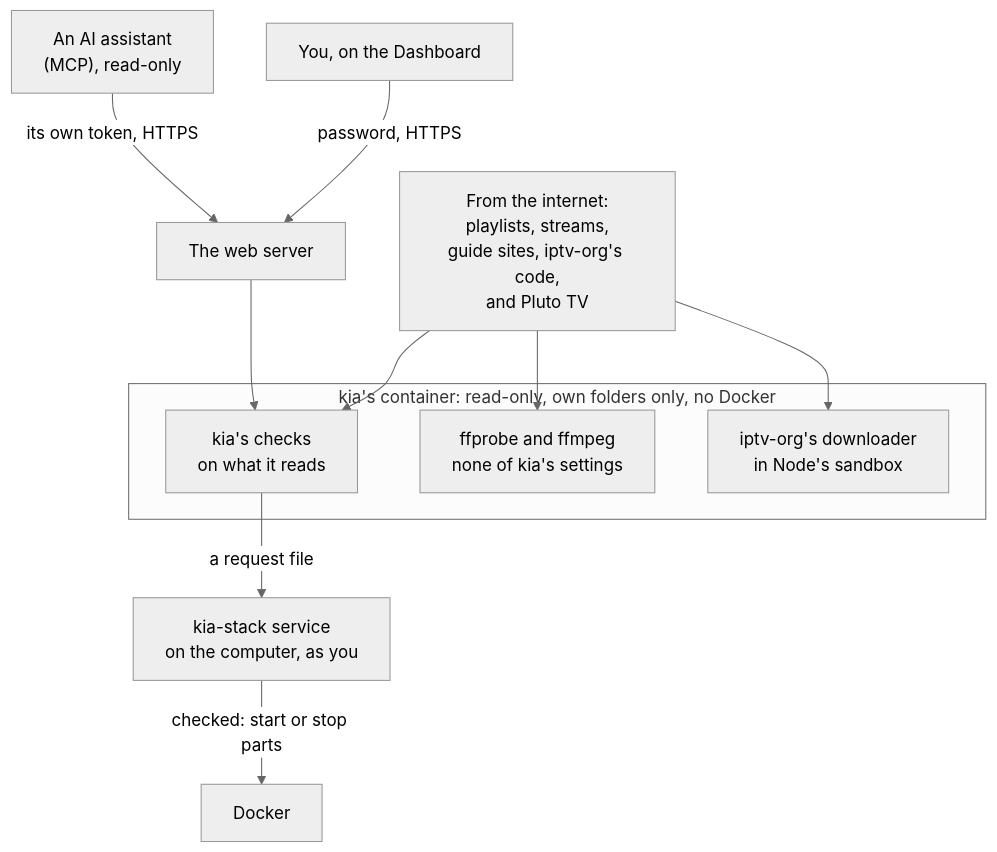
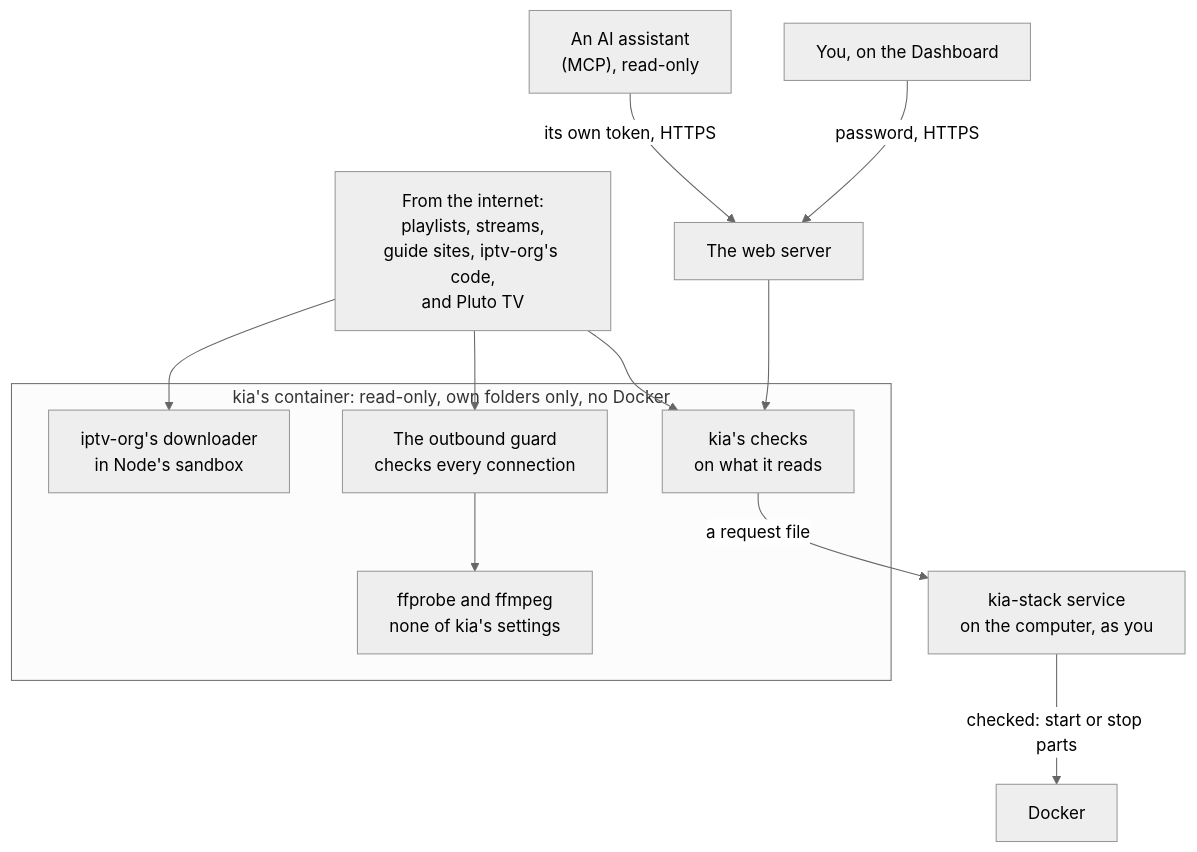
One commit to southsidedean/kodi-iptv-assistant changed the diagram in docs/diagrams/security-layers.mmd. Above: the diagram before and after it, drawn with Mermaid (neutral theme). The commit also changed 16 other files, not shown here.

First line of the commit message:
The outbound guard: every connection of a playlist from the internet, checked (#187)

```diff
--- a/docs/diagrams/security-layers.mmd
+++ b/docs/diagrams/security-layers.mmd
@@ -1,15 +1,17 @@
 flowchart TB
   net["From the internet:<br>playlists, streams,<br>guide sites, iptv-org's code,<br>and Pluto TV"]
   subgraph container["kia's container: read-only, own folders only, no Docker"]
     checks["kia's checks<br>on what it reads"]
     media["ffprobe and ffmpeg<br>none of kia's settings"]
+    guard["The outbound guard<br>checks every connection"]
     sandbox["iptv-org's downloader<br>in Node's sandbox"]
   end
   net --> checks
-  net --> media
+  net --> guard
+  guard --> media
   net --> sandbox
   you["You, on the Dashboard"] -->|"password, HTTPS"| webserver["The web server"]
   ai["An AI assistant<br>(MCP), read-only"] -->|"its own token, HTTPS"| webserver
   webserver --> checks
   checks -->|"a request file"| svc["kia-stack service<br>on the computer, as you"]
   svc -->|"checked: start or stop parts"| docker["Docker"]
```
